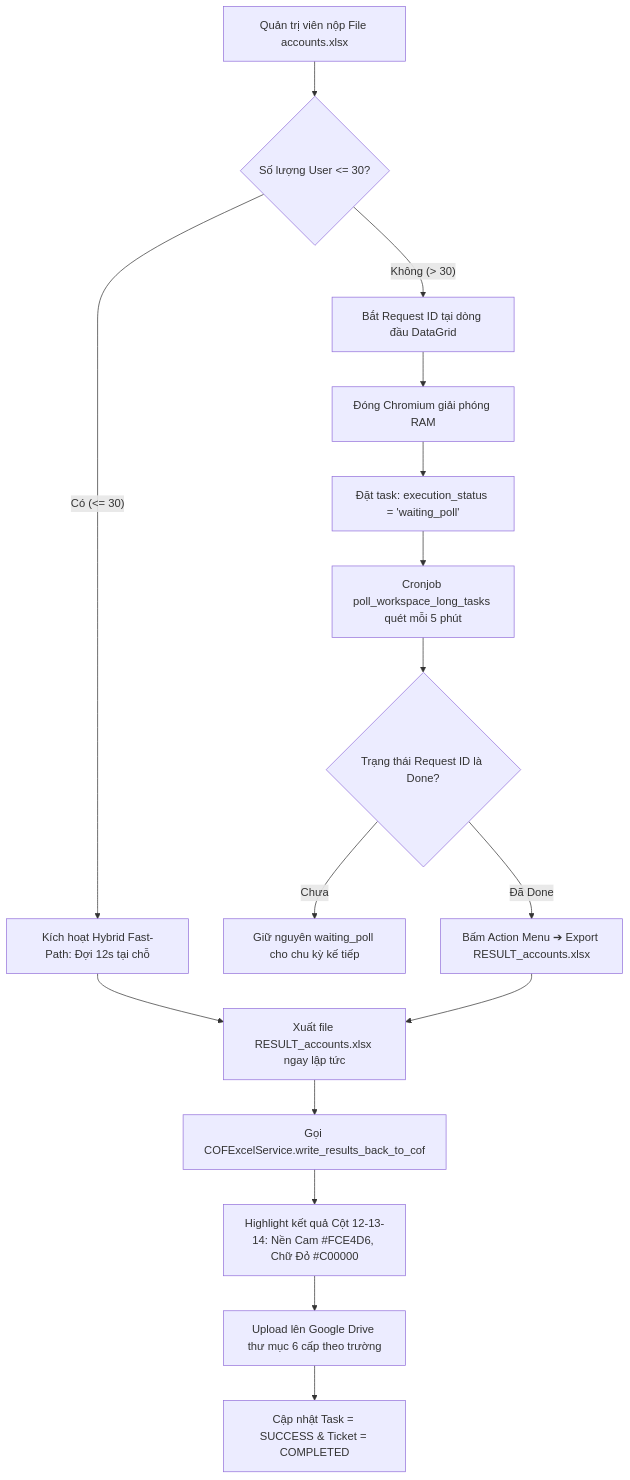
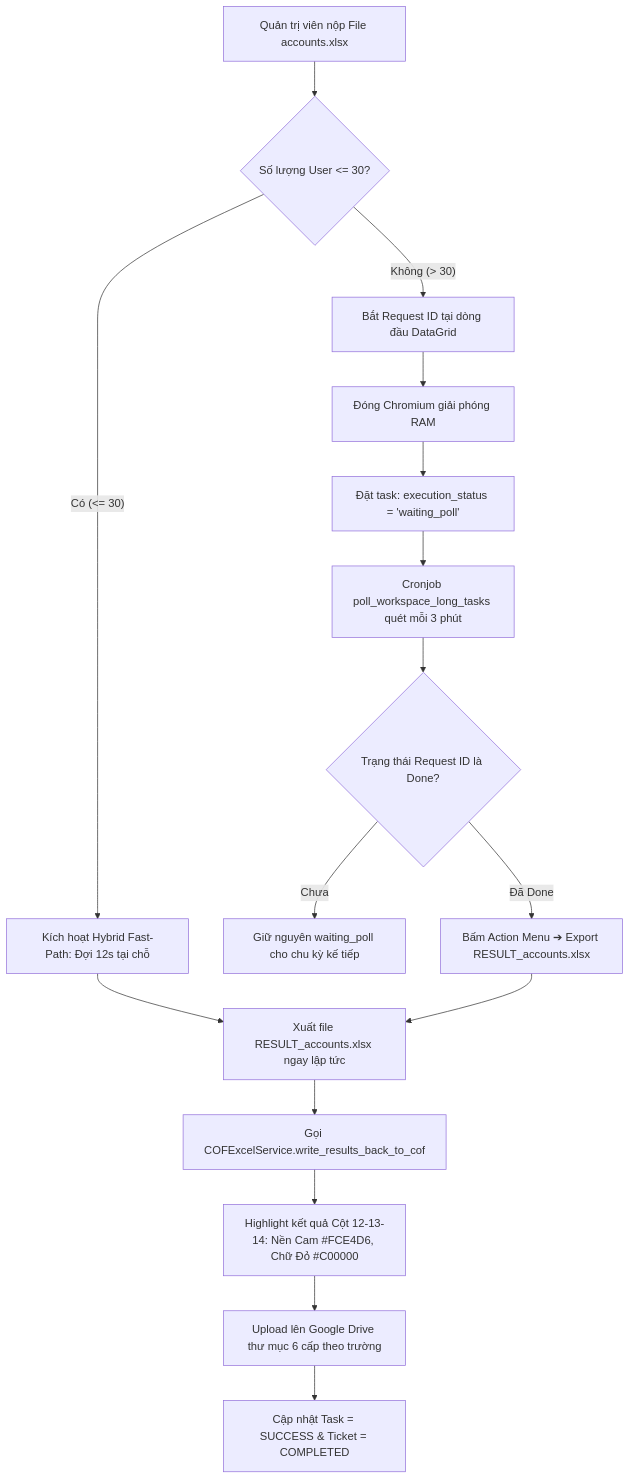
One commit to hungnm-1225/ptv-tasks-administrator changed the third of 10 diagrams in README.md. Above: the diagram before and after it, drawn with Mermaid. The commit also changed other lines of this file and 5 other files, not shown here.

Commit message:
feat: implement core backend infrastructure with Gemini AI integration, GitHub API endpoints, and Supabase database schema.

````diff
--- a/README.md
+++ b/README.md
@@ -647,18 +779,18 @@
 ```mermaid
 flowchart TD
     A[Quản trị viên nộp File accounts.xlsx] --> B{Số lượng User <= 30?}
     B -- Có (<= 30) --> C[Kích hoạt Hybrid Fast-Path: Đợi 12s tại chỗ]
     C --> D[Xuất file RESULT_accounts.xlsx ngay lập tức]
     B -- Không (> 30) --> E[Bắt Request ID tại dòng đầu DataGrid]
     E --> F[Đóng Chromium giải phóng RAM]
     F --> G[Đặt task: execution_status = 'waiting_poll']
-    G --> H[Cronjob poll_workspace_long_tasks quét mỗi 5 phút]
+    G --> H[Cronjob poll_workspace_long_tasks quét mỗi 3 phút]
     H --> I{Trạng thái Request ID là Done?}
     I -- Chưa --> J[Giữ nguyên waiting_poll cho chu kỳ kế tiếp]
     I -- Đã Done --> K[Bấm Action Menu ➔ Export RESULT_accounts.xlsx]
     K --> D
     D --> L[Gọi COFExcelService.write_results_back_to_cof]
     L --> M[Highlight kết quả Cột 12-13-14: Nền Cam #FCE4D6, Chữ Đỏ #C00000]
     M --> N[Upload lên Google Drive thư mục 6 cấp theo trường]
     N --> O[Cập nhật Task = SUCCESS & Ticket = COMPLETED]
 ```
````
